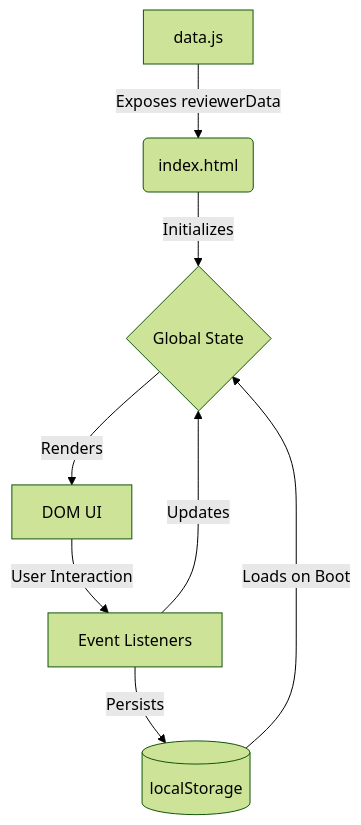
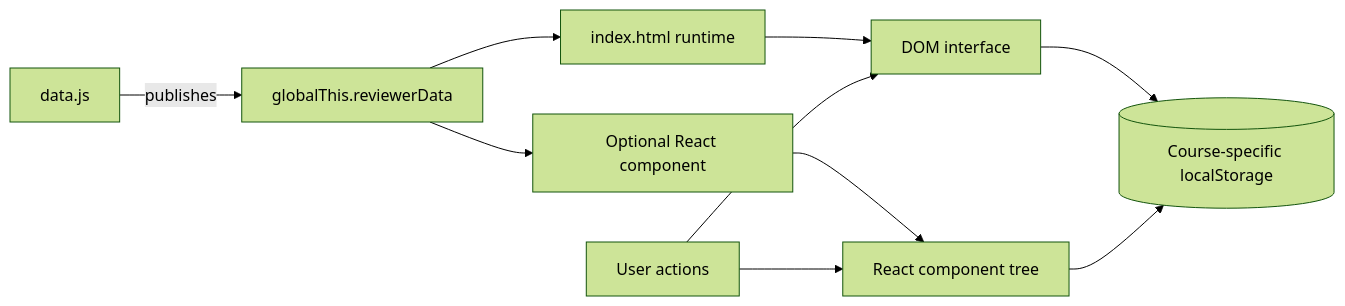
The diagram in Tech Stack Setup Guide.md (SecretlySpy/IT-Subjects-Reviewer), drawn with Mermaid (forest theme) before and after one commit. The commit also changed other lines of this file and 2 other files, not shown here.

First line of the commit message:
docs: update AI documentation, tech stack guide, and reviewer content

````diff
--- a/Tech Stack Setup Guide.md
+++ b/Tech Stack Setup Guide.md
@@ -77,10 +45,12 @@
 ```mermaid
-flowchart TD
-    A[data.js] -->|Exposes reviewerData| B(index.html)
-    B -->|Initializes| C{Global State}
-    C -->|Renders| D[DOM UI]
-    D -->|User Interaction| E[Event Listeners]
-    E -->|Updates| C
-    E -->|Persists| F[(localStorage)]
-    F -->|Loads on Boot| C
+flowchart LR
+    A[data.js] -->|publishes| B[globalThis.reviewerData]
+    B --> C[index.html runtime]
+    B --> D[Optional React component]
+    C --> E[DOM interface]
+    D --> F[React component tree]
+    E --> G[(Course-specific localStorage)]
+    F --> G
+    H[User actions] --> E
+    H --> F
 ```
````
